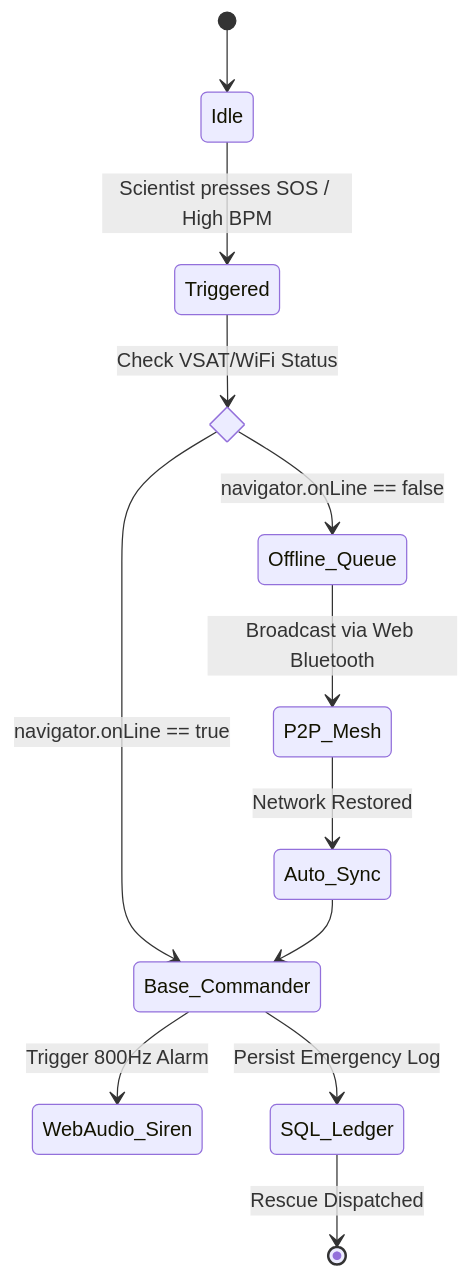
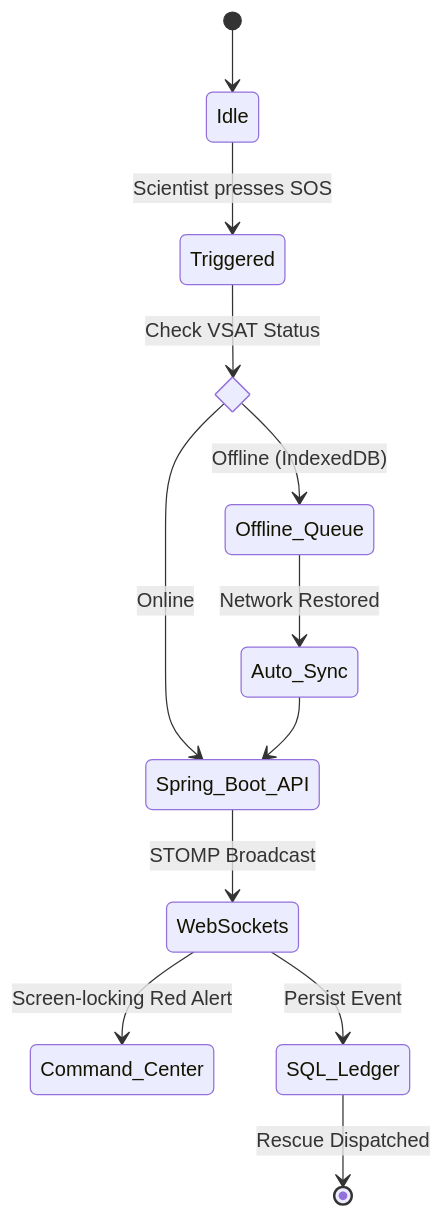
Before and after one commit to avinash8386edu-eng/SIH-2026: the second of 2 diagrams in README.md, drawn with Mermaid. The commit also changed other lines of this file and 104 other files, not shown here.

Commit message:
Phase 5 Complete: Final Polish, WebSockets, Sentinel-1 AI, and Cyber-Ice UI

````diff
--- a/README.md
+++ b/README.md
@@ -123,19 +80,19 @@
 ```mermaid
 stateDiagram-v2
     [*] --> Idle
-    Idle --> Triggered: Scientist presses SOS / High BPM
+    Idle --> Triggered: Scientist presses SOS
     
     state network_check <<choice>>
-    Triggered --> network_check: Check VSAT/WiFi Status
+    Triggered --> network_check: Check VSAT Status
     
-    network_check --> Offline_Queue: navigator.onLine == false
-    Offline_Queue --> P2P_Mesh: Broadcast via Web Bluetooth
-    P2P_Mesh --> Auto_Sync: Network Restored
+    network_check --> Offline_Queue: Offline (IndexedDB)
+    Offline_Queue --> Auto_Sync: Network Restored
     
-    network_check --> Base_Commander: navigator.onLine == true
-    Auto_Sync --> Base_Commander
+    network_check --> Spring_Boot_API: Online
+    Auto_Sync --> Spring_Boot_API
     
-    Base_Commander --> WebAudio_Siren: Trigger 800Hz Alarm
-    Base_Commander --> SQL_Ledger: Persist Emergency Log
+    Spring_Boot_API --> WebSockets: STOMP Broadcast
+    WebSockets --> Command_Center: Screen-locking Red Alert
+    WebSockets --> SQL_Ledger: Persist Event
     SQL_Ledger --> [*]: Rescue Dispatched
 ```
````
